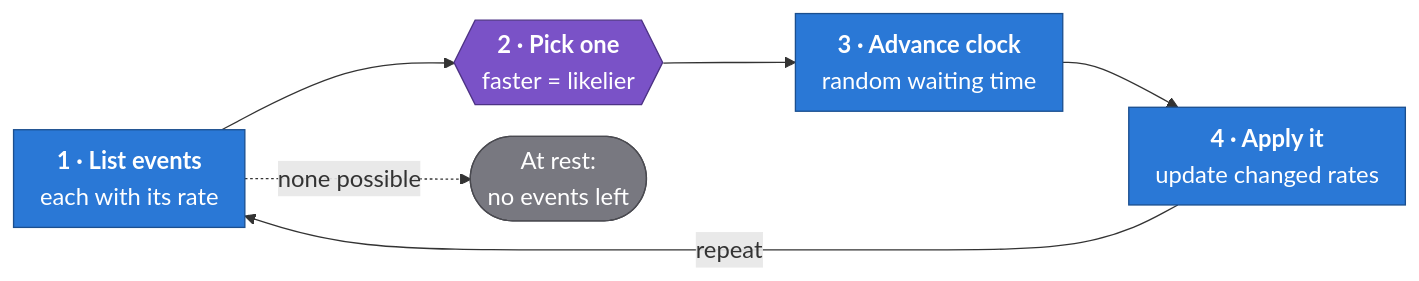
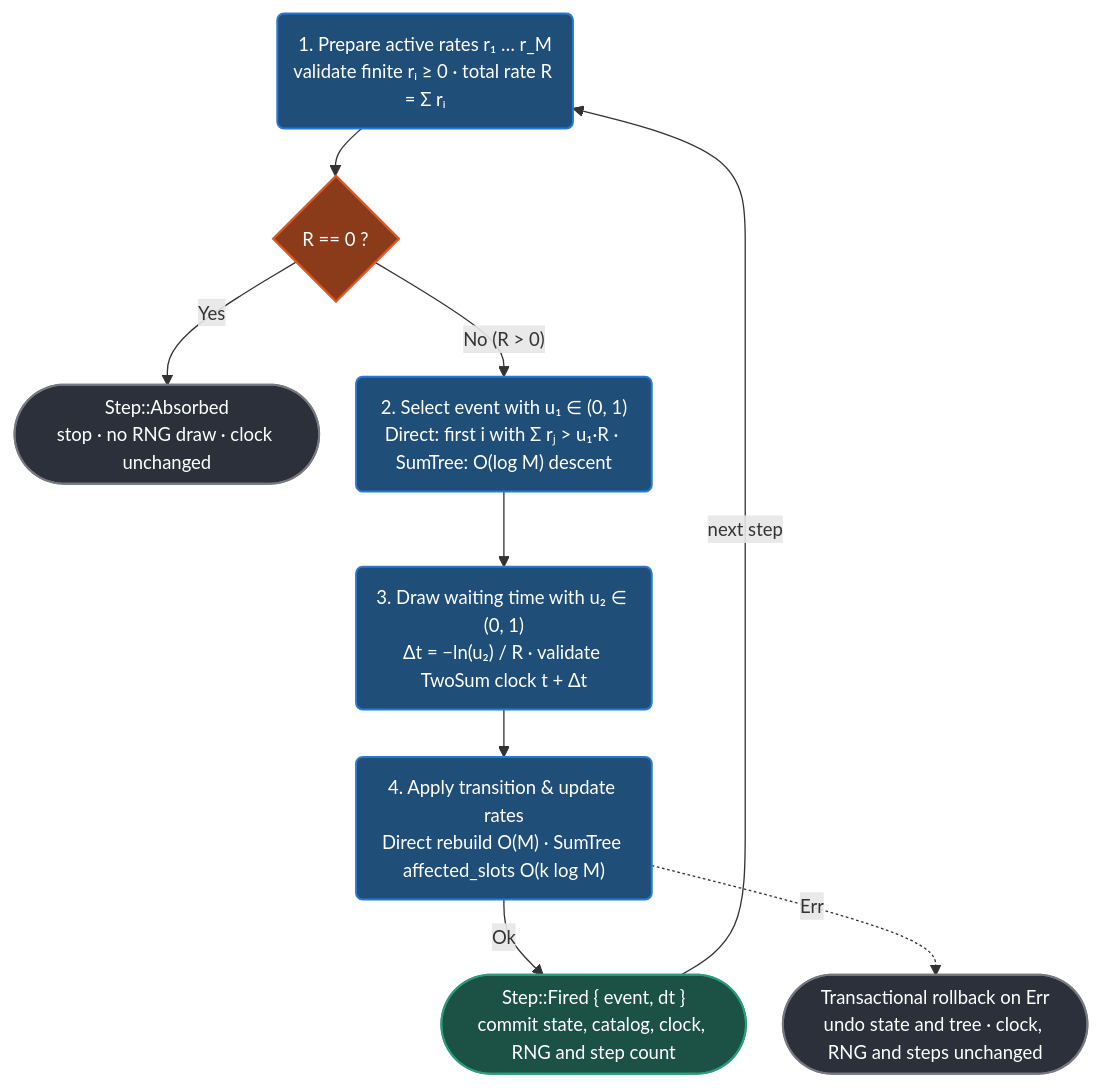
Before and after one commit to vzordillo/okrates: the second of 2 diagrams in README.md, drawn with Mermaid. The commit also changed other lines of this file and 2 other files, not shown here.

First line of the commit message:
Redesign README Mermaid diagrams and fix fecr_martinez_comparison follow-ups (#12) (#13)

````diff
--- a/README.md
+++ b/README.md
@@ -77,18 +89,30 @@
 ```mermaid
-%%{init: {"themeVariables": {"fontSize": "18px"}, "flowchart": {"nodeSpacing": 24, "rankSpacing": 50, "padding": 10}}}%%
-flowchart LR
-    s1["<b>1 · List events</b><br>each with its rate"]
-    s2{{"<b>2 · Pick one</b><br>faster = likelier"}}
-    s3["<b>3 · Advance clock</b><br>random waiting time"]
-    s4["<b>4 · Apply it</b><br>update changed rates"]
-    rest(["At rest:<br>no events left"])
-    s1 --> s2 --> s3 --> s4
-    s4 -->|"repeat"| s1
-    s1 -.->|"none possible"| rest
-    classDef step fill:#2a78d6,stroke:#1b4f8f,color:#ffffff
-    classDef key fill:#7a52c7,stroke:#4d3285,color:#ffffff
-    classDef rest fill:#787880,stroke:#4a4a50,color:#ffffff
-    class s1,s3,s4 step
-    class s2 key
-    class rest rest
+%%{init: {"flowchart": {"nodeSpacing": 28, "rankSpacing": 36, "padding": 12, "curve": "basis"}, "themeVariables": {"fontSize": "14px"}}}%%
+flowchart TB
+    prep("1. Prepare active rates r₁ … r_M<br/>validate finite rᵢ ≥ 0 · total rate R = Σ rᵢ")
+    zero{"R == 0 ?"}
+    absorbed(["Step::Absorbed<br/>stop · no RNG draw · clock unchanged"])
+    pick("2. Select event with u₁ ∈ (0, 1)<br/>Direct: first i with Σ rⱼ > u₁·R · SumTree: O(log M) descent")
+    wait("3. Draw waiting time with u₂ ∈ (0, 1)<br/>Δt = −ln(u₂) / R · validate TwoSum clock t + Δt")
+    apply("4. Apply transition & update rates<br/>Direct rebuild O(M) · SumTree affected_slots O(k log M)")
+    fired(["Step::Fired { event, dt }<br/>commit state, catalog, clock, RNG and step count"])
+    rollback(["Transactional rollback on Err<br/>undo state and tree · clock, RNG and steps unchanged"])
+
+    prep --> zero
+    zero -->|"Yes"| absorbed
+    zero -->|"No (R > 0)"| pick
+    pick --> wait --> apply
+    apply -->|"Ok"| fired
+    fired -->|"next step"| prep
+    apply -.->|"Err"| rollback
+
+    classDef stepNode fill:#1f4e79,stroke:#2a78d6,stroke-width:1.5px,color:#ffffff
+    classDef gateNode fill:#8c3b1a,stroke:#d95926,stroke-width:1.8px,color:#ffffff
+    classDef okNode fill:#1b5245,stroke:#2a9d7c,stroke-width:1.5px,color:#ffffff
+    classDef stopNode fill:#2b303b,stroke:#787880,stroke-width:1.5px,color:#ffffff
+
+    class prep,pick,wait,apply stepNode
+    class zero gateNode
+    class fired okNode
+    class absorbed,rollback stopNode
 ```
````
